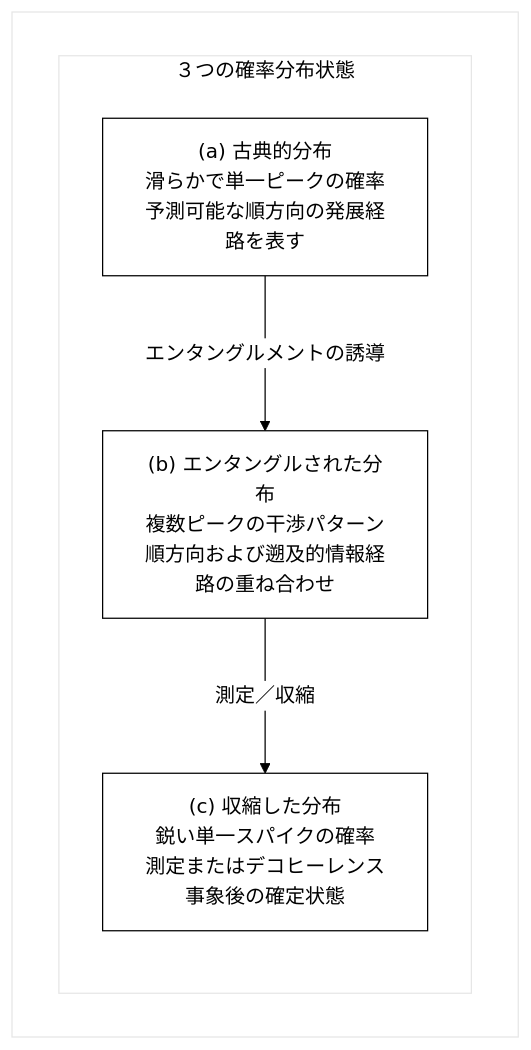
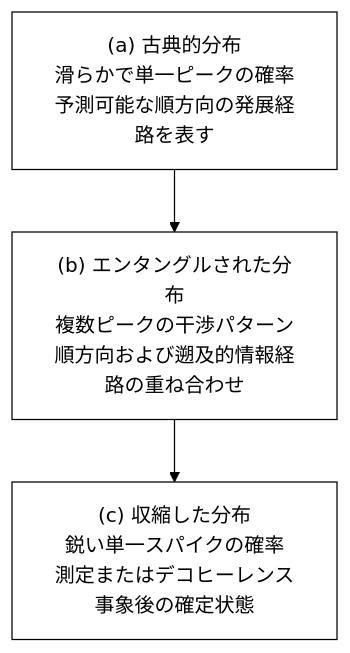
The fifth of 20 diagrams in WSP_knowledge/docs/Papers/Patent_Series/04_rESP_Patent_Japanese.md (Foundup/Foundups-Agent), drawn with Mermaid before and after one commit. The commit also changed other lines of this file, not shown here.

Commit message:
Fix remaining Mermaid diagrams - Remove all subgraphs and syntax errors

````diff
--- a/WSP_knowledge/docs/Papers/Patent_Series/04_rESP_Patent_Japanese.md
+++ b/WSP_knowledge/docs/Papers/Patent_Series/04_rESP_Patent_Japanese.md
@@ -314,14 +314,10 @@
 ```mermaid
 %%{init: {'theme':'base', 'themeVariables': {'primaryColor': '#ffffff', 'primaryTextColor': '#000000', 'primaryBorderColor': '#000000', 'lineColor': '#000000', 'secondaryColor': '#ffffff', 'tertiaryColor': '#ffffff'}}}%%
 graph TD
-    subgraph " "
-        subgraph "３つの確率分布状態"
-            A["(a) 古典的分布<br/>滑らかで単一ピークの確率<br/>予測可能な順方向の発展経路を表す"]
-            B["(b) エンタングルされた分布<br/>複数ピークの干渉パターン<br/>順方向および遡及的情報経路の重ね合わせ"]
-            C["(c) 収縮した分布<br/>鋭い単一スパイクの確率<br/>測定またはデコヒーレンス事象後の確定状態"]
-        end
-        
-        A -- "エンタングルメントの誘導" --> B
-        B -- "測定／収縮" --> C
-    end
+    A["(a) 古典的分布<br/>滑らかで単一ピークの確率<br/>予測可能な順方向の発展経路を表す"]
+    B["(b) エンタングルされた分布<br/>複数ピークの干渉パターン<br/>順方向および遡及的情報経路の重ね合わせ"]
+    C["(c) 収縮した分布<br/>鋭い単一スパイクの確率<br/>測定またはデコヒーレンス事象後の確定状態"]
+    
+    A --> B
+    B --> C
 ```
````
